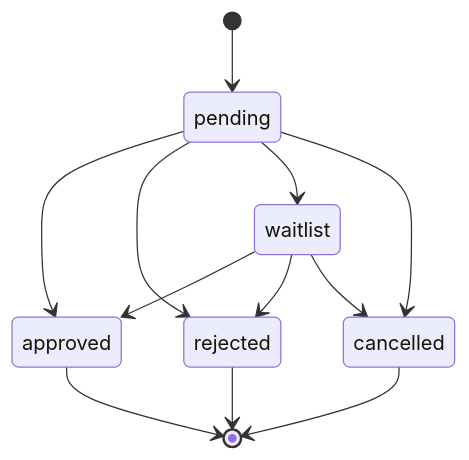
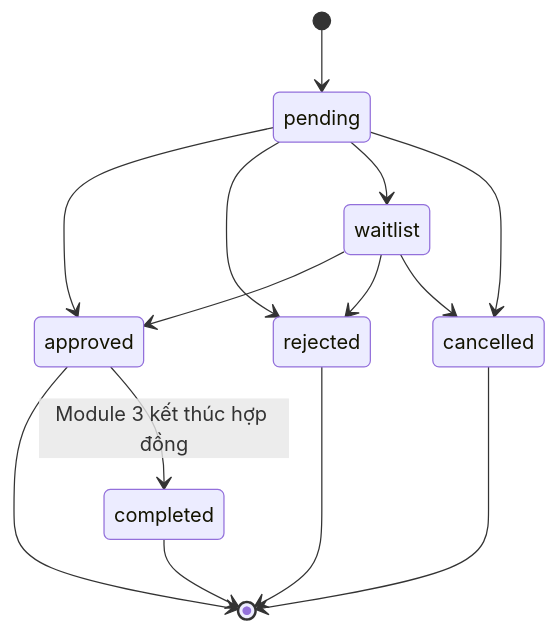
The diagram in docs/modules/accommodation_registration.md (thieubaviett04/Dormitory-Management-System), drawn with Mermaid before and after one commit. The commit also changed other lines of this file and 47 other files, not shown here.

````diff
--- a/docs/modules/accommodation_registration.md
+++ b/docs/modules/accommodation_registration.md
@@ -21,14 +22,16 @@
 ```mermaid
 stateDiagram-v2
     [*] --> pending
     pending --> approved
     pending --> rejected
     pending --> waitlist
     pending --> cancelled
     waitlist --> approved
     waitlist --> rejected
     waitlist --> cancelled
     approved --> [*]
+    approved --> completed: Module 3 kết thúc hợp đồng
+    completed --> [*]
     rejected --> [*]
     cancelled --> [*]
 ```
````
